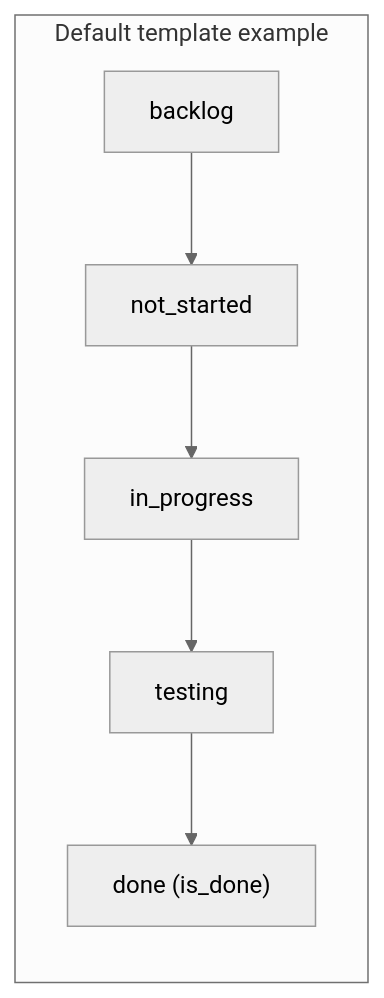
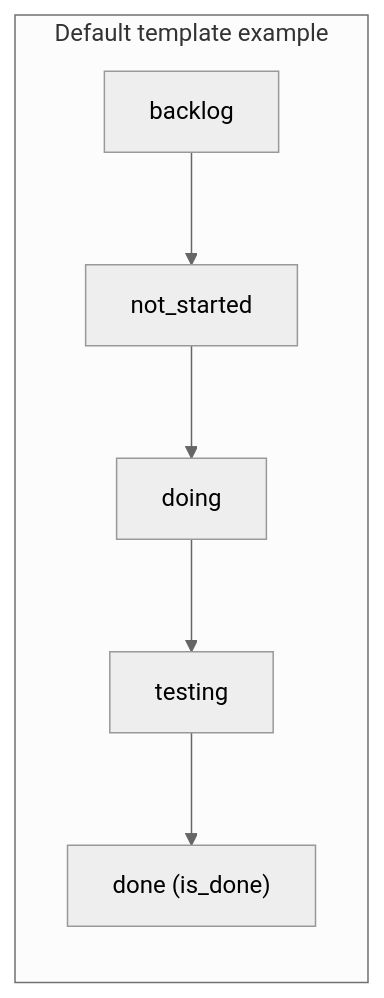
The third of 3 diagrams in docs/diagrams/scrumboy_board_kanban.md (bhardwajRahul/scrumboy), drawn with Mermaid (neutral theme) before and after one commit. The commit also changed other lines of this file and 38 other files, not shown here.

````diff
--- a/docs/diagrams/scrumboy_board_kanban.md
+++ b/docs/diagrams/scrumboy_board_kanban.md
@@ -43,11 +43,11 @@
 ```mermaid
 flowchart LR
   subgraph example [Default template example]
     B[backlog]
     NS[not_started]
-    IP[in_progress]
+    IP[doing]
     T[testing]
     D["done (is_done)"]
     B --> NS --> IP --> T --> D
   end
 ```
````
